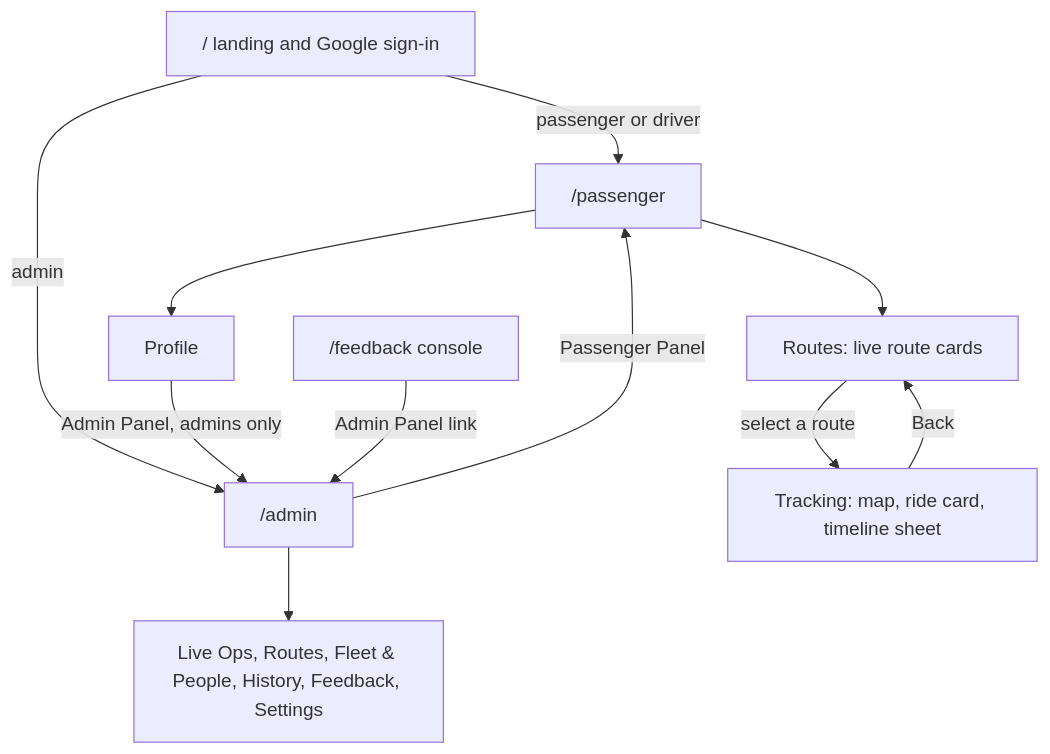
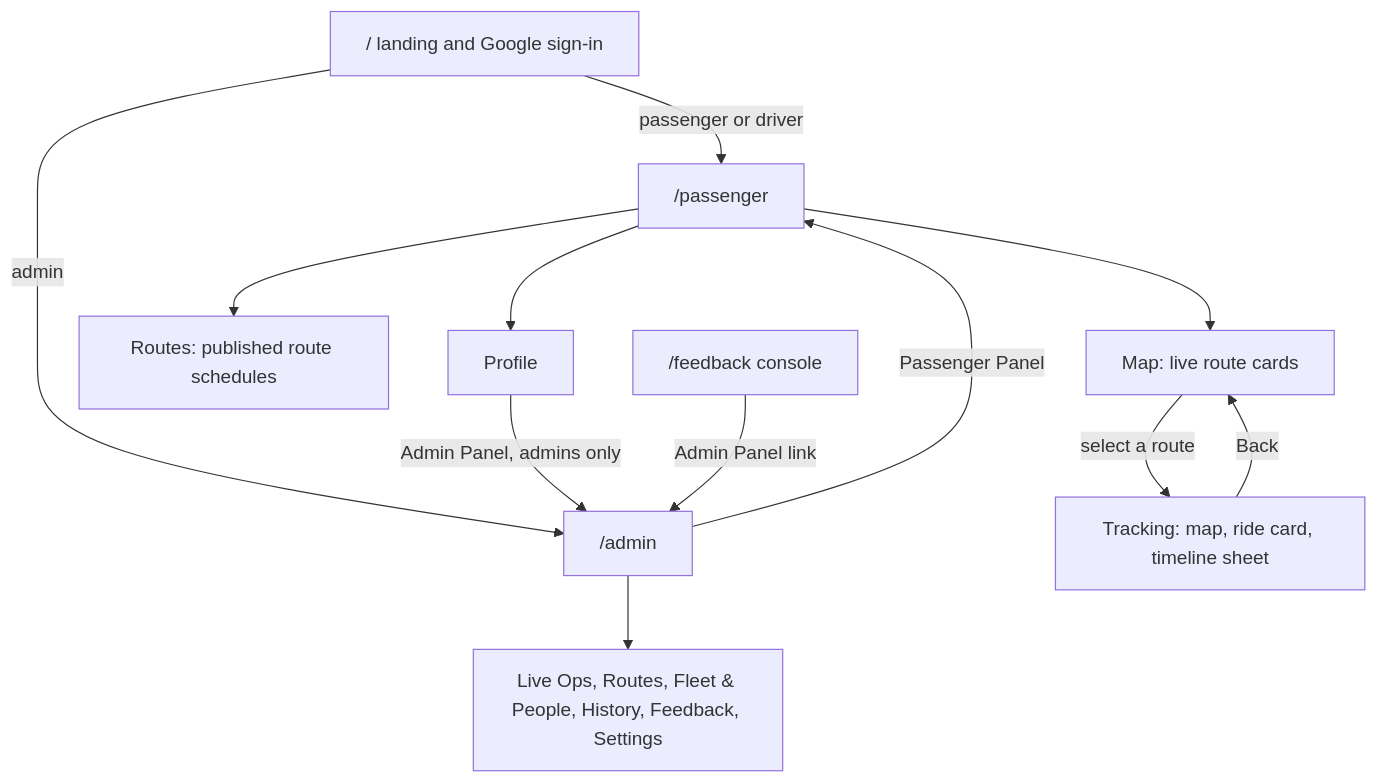
One commit to notnamansinha/Eki changed the diagram in docs/design/UI_DESIGN_SYSTEM.md. Above: the diagram before and after it, drawn with Mermaid. The commit also changed other lines of this file and 33 other files, not shown here.

First line of the commit message:
docs: document passenger route schedules, cold-open sign-in recovery and map reuse

````diff
--- a/docs/design/UI_DESIGN_SYSTEM.md
+++ b/docs/design/UI_DESIGN_SYSTEM.md
@@ -400,13 +408,14 @@
 ```mermaid
 flowchart TD
   L["/ landing and Google sign-in"] -->|passenger or driver| P["/passenger"]
   L -->|admin| A["/admin"]
-  P --> R["Routes: live route cards"]
+  P --> R["Map: live route cards"]
   R -->|select a route| T["Tracking: map, ride card, timeline sheet"]
   T -->|Back| R
+  P --> S["Routes: published route schedules"]
   P --> PR["Profile"]
   PR -->|Admin Panel, admins only| A
   A --> TABS["Live Ops, Routes, Fleet & People, History, Feedback, Settings"]
   A -->|Passenger Panel| P
   F["/feedback console"] -->|Admin Panel link| A
 ```
````
